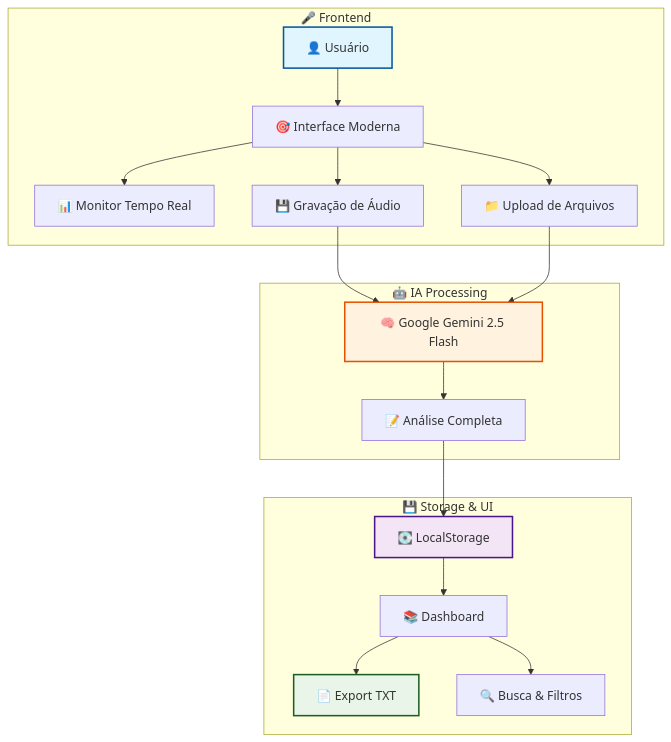
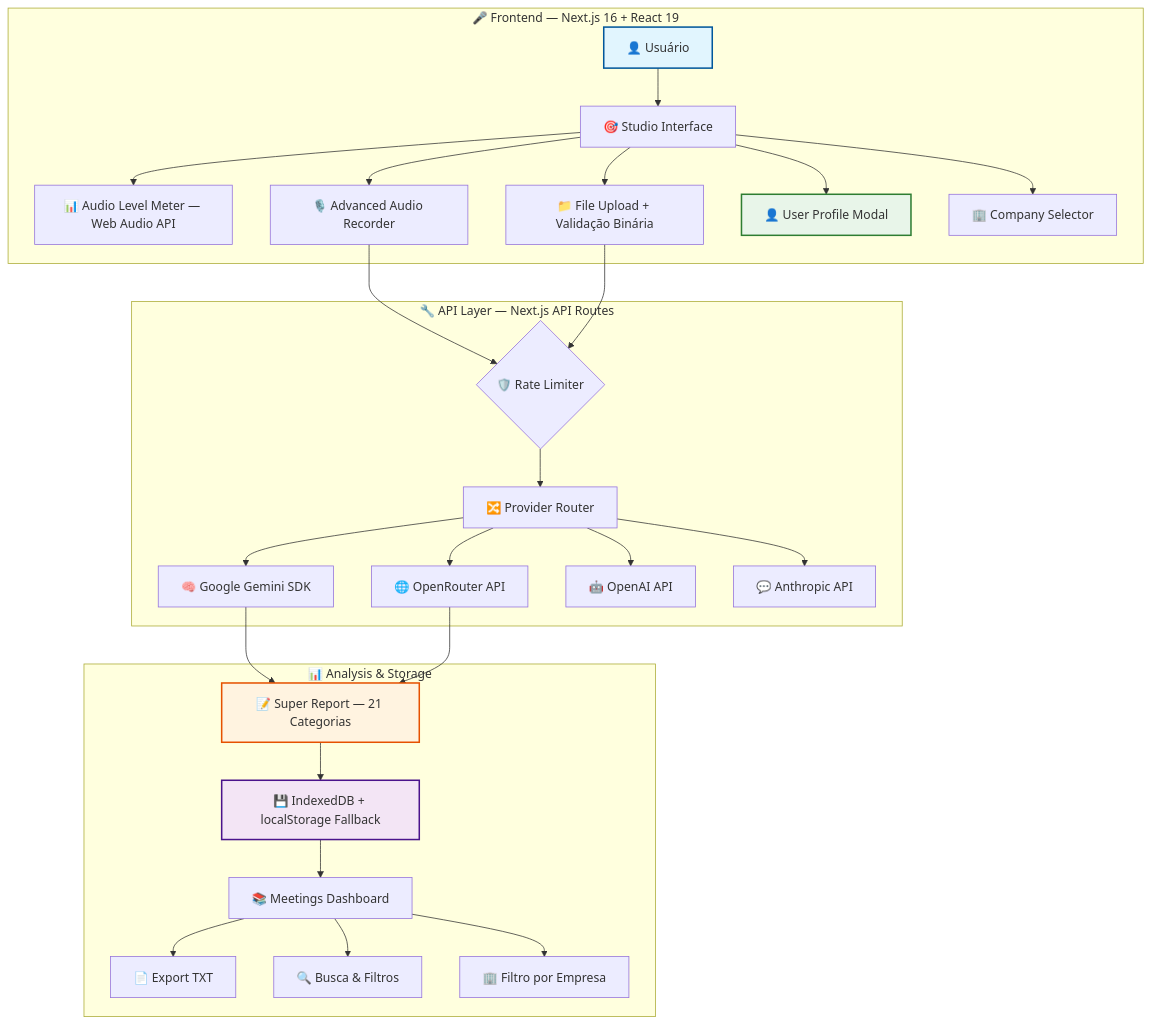
The first of 2 diagrams in README.md (HigorGabs/listen-meet), drawn with Mermaid before and after one commit. The commit also changed other lines of this file and 28 other files, not shown here.

First line of the commit message:
feat: Super Report, user profile, multi-company, daily scrum, UX polish & dependency updates

````diff
--- a/README.md
+++ b/README.md
@@ -82,27 +199,36 @@
 ```mermaid
 graph TB
-    subgraph "🎤 Frontend"
-        A[👤 Usuário] --> B[🎯 Interface Moderna]
-        B --> C[📊 Monitor Tempo Real]
-        B --> D[💾 Gravação de Áudio]
-        B --> E[📁 Upload de Arquivos]
+    subgraph "🎤 Frontend — Next.js 16 + React 19"
+        A[👤 Usuário] --> B[🎯 Studio Interface]
+        B --> C[📊 Audio Level Meter — Web Audio API]
+        B --> D[🎙️ Advanced Audio Recorder]
+        B --> E[📁 File Upload + Validação Binária]
+        B --> N[👤 User Profile Modal]
+        B --> O[🏢 Company Selector]
     end
-    
-    subgraph "🤖 IA Processing"
-        D --> F[🧠 Google Gemini 2.5 Flash]
+
+    subgraph "🔧 API Layer — Next.js API Routes"
+        D --> F{🛡️ Rate Limiter}
         E --> F
-        F --> G[📝 Análise Completa]
+        F --> G[🔀 Provider Router]
+        G --> H[🧠 Google Gemini SDK]
+        G --> I[🌐 OpenRouter API]
+        G --> J[🤖 OpenAI API]
+        G --> K[💬 Anthropic API]
     end
-    
-    subgraph "💾 Storage & UI"
-        G --> H[💽 LocalStorage]
-        H --> I[📚 Dashboard]
-        I --> J[📄 Export TXT]
-        I --> K[🔍 Busca & Filtros]
+
+    subgraph "📊 Analysis & Storage"
+        H --> L[📝 Super Report — 21 Categorias]
+        I --> L
+        L --> M[💾 IndexedDB + localStorage Fallback]
+        M --> P[📚 Meetings Dashboard]
+        P --> Q[📄 Export TXT]
+        P --> R[🔍 Busca & Filtros]
+        P --> S[🏢 Filtro por Empresa]
     end
-    
+
     style A fill:#e1f5fe,stroke:#01579b,stroke-width:2px
-    style F fill:#fff3e0,stroke:#e65100,stroke-width:2px
-    style H fill:#f3e5f5,stroke:#4a148c,stroke-width:2px
-    style J fill:#e8f5e8,stroke:#1b5e20,stroke-width:2px
+    style L fill:#fff3e0,stroke:#e65100,stroke-width:2px
+    style M fill:#f3e5f5,stroke:#4a148c,stroke-width:2px
+    style N fill:#e8f5e9,stroke:#2e7d32,stroke-width:2px
 ```
````
